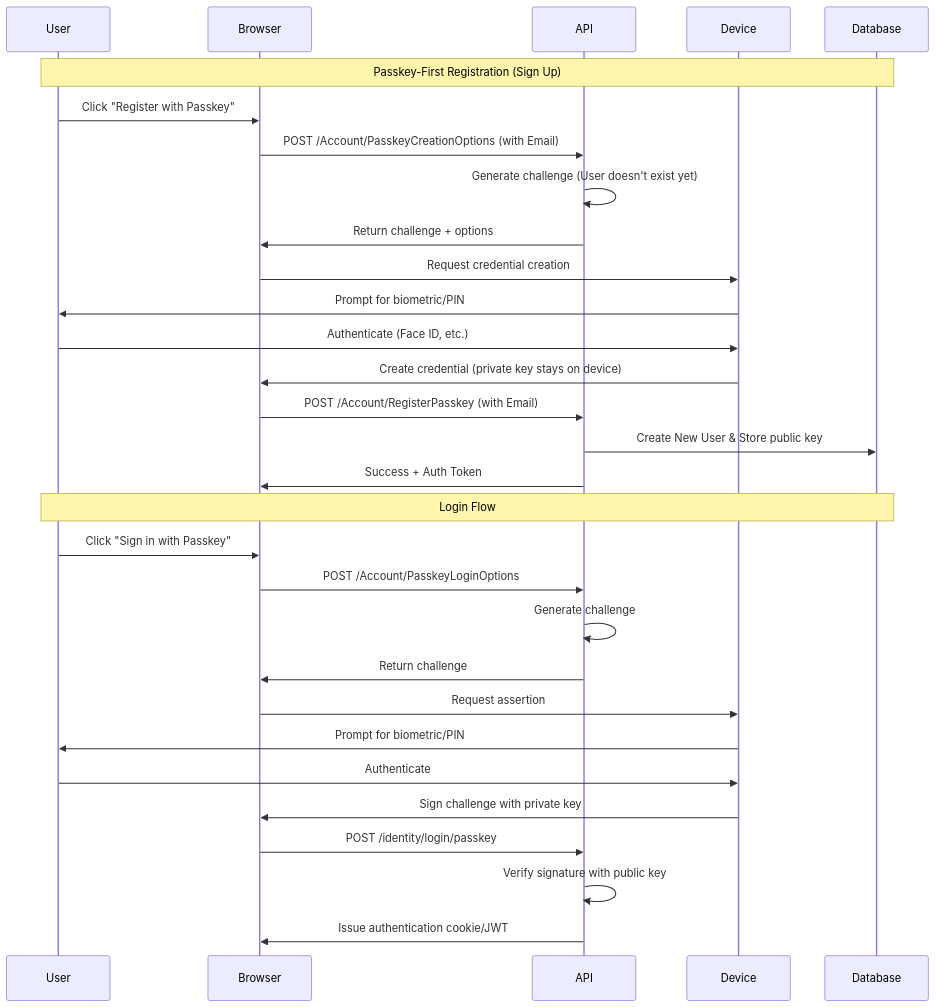
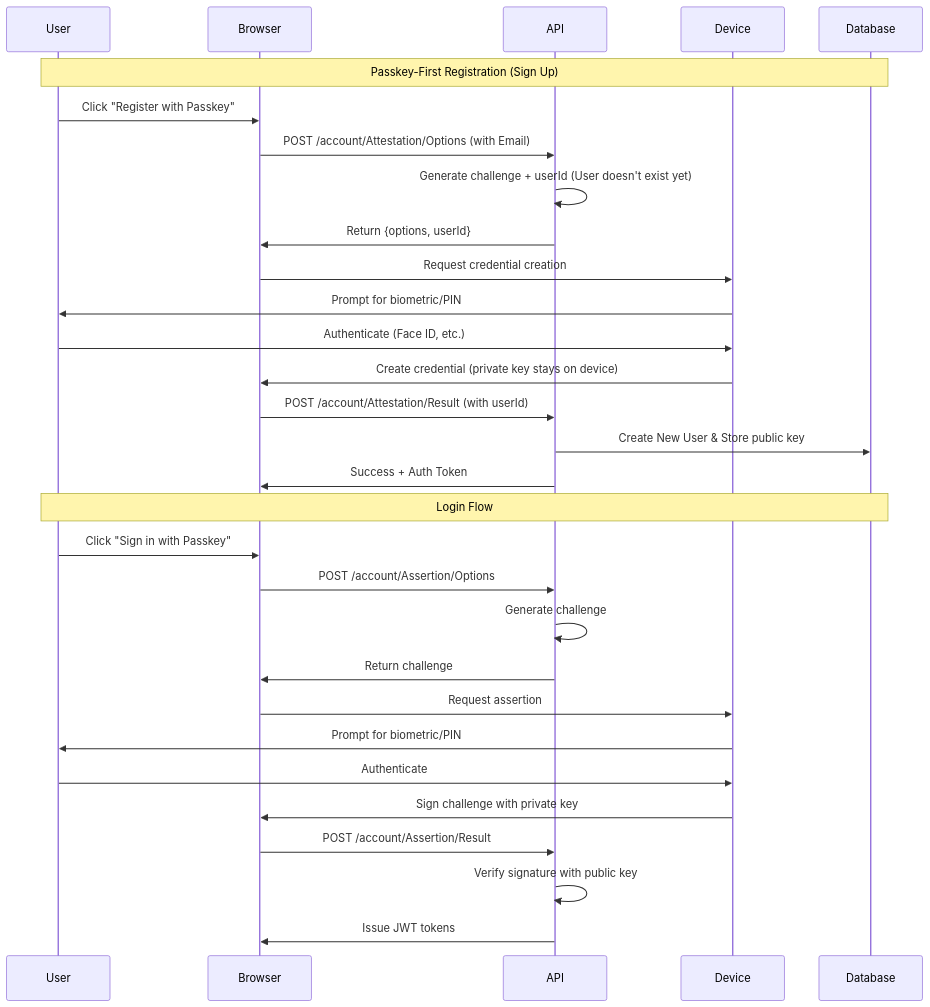
Before and after one commit to aalmada/BookStore: the diagram in docs/passkey-guide.md, drawn with Mermaid. The commit also changed other lines of this file, not shown here.

Commit message:
docs: Update passkey API endpoints and clarify user ID consistency during registration and assertion flows.

````diff
--- a/docs/passkey-guide.md
+++ b/docs/passkey-guide.md
@@ -17,34 +17,34 @@
 ```mermaid
 sequenceDiagram
     participant User
     participant Browser
     participant API
     participant Device
     participant Database
 
     Note over User,Database: Passkey-First Registration (Sign Up)
     User->>Browser: Click "Register with Passkey"
-    Browser->>API: POST /Account/PasskeyCreationOptions (with Email)
-    API->>API: Generate challenge (User doesn't exist yet)
-    API->>Browser: Return challenge + options
+    Browser->>API: POST /account/Attestation/Options (with Email)
+    API->>API: Generate challenge + userId (User doesn't exist yet)
+    API->>Browser: Return {options, userId}
     Browser->>Device: Request credential creation
     Device->>User: Prompt for biometric/PIN
     User->>Device: Authenticate (Face ID, etc.)
     Device->>Browser: Create credential (private key stays on device)
-    Browser->>API: POST /Account/RegisterPasskey (with Email)
+    Browser->>API: POST /account/Attestation/Result (with userId)
     API->>Database: Create New User & Store public key
     API->>Browser: Success + Auth Token
 
     Note over User,Database: Login Flow
     User->>Browser: Click "Sign in with Passkey"
-    Browser->>API: POST /Account/PasskeyLoginOptions
+    Browser->>API: POST /account/Assertion/Options
     API->>API: Generate challenge
     API->>Browser: Return challenge
     Browser->>Device: Request assertion
     Device->>User: Prompt for biometric/PIN
     User->>Device: Authenticate
     Device->>Browser: Sign challenge with private key
-    Browser->>API: POST /identity/login/passkey
+    Browser->>API: POST /account/Assertion/Result
     API->>API: Verify signature with public key
-    API->>Browser: Issue authentication cookie/JWT
+    API->>Browser: Issue JWT tokens
 ```
````
